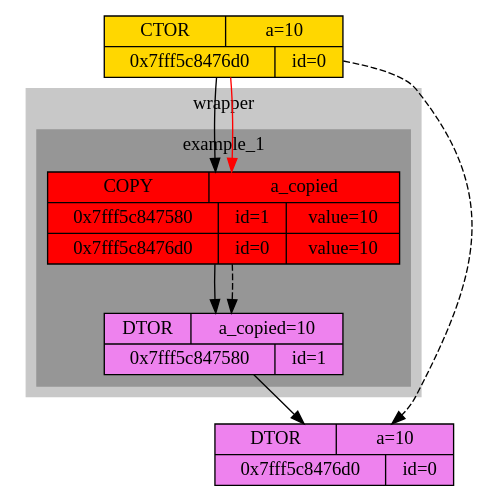
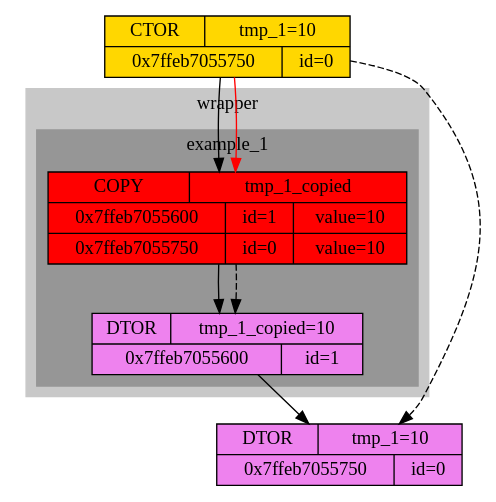
One commit to x-ENIAC/MIPT_projects_4_sem changed the diagram in Move&forward_research/new.dot. Above: the diagram before and after it, drawn with Graphviz. The commit also changed 10 other files, not shown here.

```diff
--- a/Move&forward_research/new.dot
+++ b/Move&forward_research/new.dot
@@ -1,26 +1,26 @@
 digraph graphname {
-	node0CTOR [shape="record", style="filled", fillcolor="gold", label="{{CTOR | a=10}|{0x7fff5c8476d0 | id=0}}"]
+	node0CTOR [shape="record", style="filled", fillcolor="gold", label="{{CTOR | tmp_1=10}|{0x7ffeb7055750 | id=0}}"]
 
 subgraph "cluster_0" {
 	style=filled;
 	color="#c8c8c8";
 	
 subgraph "cluster_1" {
 	style=filled;
 	color="#969696";
-		node1COPY  [shape="record", style="filled", fillcolor="red" label="{{COPY | a_copied}|{0x7fff5c847580 | id=1 | value=10}|{0x7fff5c8476d0 | id=0 | value=10}}"]
-	node1DTOR [shape="record", style="filled", fillcolor="violet", label="{{DTOR | a_copied=10}|{0x7fff5c847580 | id=1}}"]
+		node1COPY  [shape="record", style="filled", fillcolor="red" label="{{COPY | tmp_1_copied}|{0x7ffeb7055600 | id=1 | value=10}|{0x7ffeb7055750 | id=0 | value=10}}"]
+	node1DTOR [shape="record", style="filled", fillcolor="violet", label="{{DTOR | tmp_1_copied=10}|{0x7ffeb7055600 | id=1}}"]
 	label = "example_1" 
 }
 
 	label = "wrapper" 
 }
 
-	node0DTOR [shape="record", style="filled", fillcolor="violet", label="{{DTOR | a=10}|{0x7fff5c8476d0 | id=0}}"]
+	node0DTOR [shape="record", style="filled", fillcolor="violet", label="{{DTOR | tmp_1=10}|{0x7ffeb7055750 | id=0}}"]
 	node0CTOR -> node1COPY
 	node0CTOR -> node1COPY [color="red"]
 	node1COPY -> node1DTOR
 	node1COPY -> node1DTOR [style="dashed"]
 	node1DTOR -> node0DTOR
 	node0CTOR -> node0DTOR [style="dashed"]
 }
```
